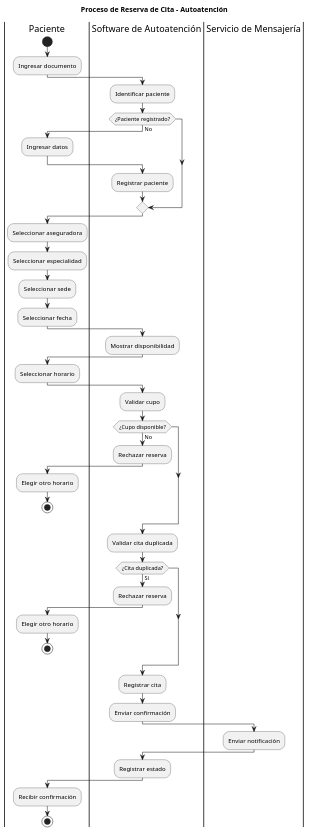
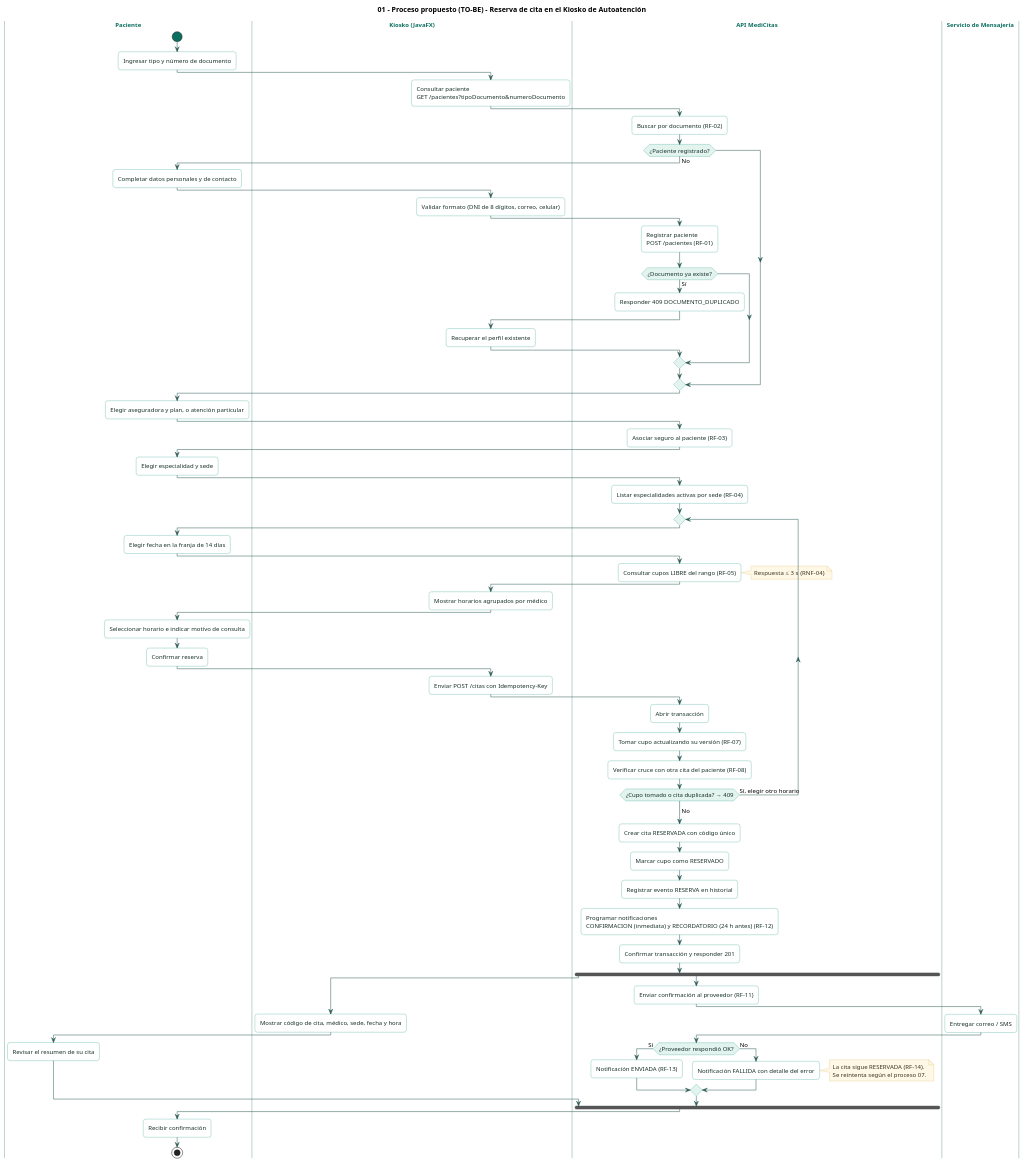
Before and after one commit to Jimena-CC/ProyectoCitasMedicas: the diagram in doc/diagramas/01-Diagrama-Procesos-Solucion.puml, drawn with PlantUML. The commit also changed 3 other files, not shown here.

First line of the commit message:
docs(doc): mejorar diagramas de procesos AS-IS y TO-BE

```diff
--- a/doc/diagramas/01-Diagrama-Procesos-Solucion.puml
+++ b/doc/diagramas/01-Diagrama-Procesos-Solucion.puml
@@ -1,67 +1,118 @@
 @startuml
-title Proceso de Reserva de Cita - Autoatención
+title 01 - Proceso propuesto (TO-BE) - Reserva de cita en el Kiosko de Autoatención
+
+skinparam shadowing false
+skinparam roundCorner 10
+skinparam defaultFontName "Helvetica"
+skinparam defaultFontSize 12
+skinparam ArrowColor #2F5D56
+skinparam SwimlaneBorderColor #A9C4BD
+skinparam SwimlaneTitleFontColor #0C6E5F
+skinparam SwimlaneTitleFontStyle bold
+skinparam activity {
+  BackgroundColor #FFFFFF
+  BorderColor #13917D
+  FontColor #17302B
+  DiamondBackgroundColor #E3F4EF
+  DiamondBorderColor #13917D
+  StartColor #0C6E5F
+  EndColor #0C6E5F
+}
+skinparam note {
+  BackgroundColor #FFF8E6
+  BorderColor #D9B45A
+  FontColor #3D3321
+}
 
 |Paciente|
 start
-:Ingresar documento;
+:Ingresar tipo y número de documento;
 
-|Software de Autoatención|
-:Identificar paciente;
+|Kiosko (JavaFX)|
+:Consultar paciente
+GET /pacientes?tipoDocumento&numeroDocumento;
+
+|API MediCitas|
+:Buscar por documento (RF-02);
 
 if (¿Paciente registrado?) then (No)
   |Paciente|
-  :Ingresar datos;
-
-  |Software de Autoatención|
-  :Registrar paciente;
+  :Completar datos personales y de contacto;
+  |Kiosko (JavaFX)|
+  :Validar formato (DNI de 8 dígitos, correo, celular);
+  |API MediCitas|
+  :Registrar paciente
+  POST /pacientes (RF-01);
+  if (¿Documento ya existe?) then (Sí)
+    :Responder 409 DOCUMENTO_DUPLICADO;
+    |Kiosko (JavaFX)|
+    :Recuperar el perfil existente;
+  endif
 endif
 
 |Paciente|
-:Seleccionar aseguradora;
-:Seleccionar especialidad;
-:Seleccionar sede;
-:Seleccionar fecha;
-
-|Software de Autoatención|
-:Mostrar disponibilidad;
+:Elegir aseguradora y plan, o atención particular;
+|API MediCitas|
+:Asociar seguro al paciente (RF-03);
 
 |Paciente|
-:Seleccionar horario;
+:Elegir especialidad y sede;
+|API MediCitas|
+:Listar especialidades activas por sede (RF-04);
 
-|Software de Autoatención|
-:Validar cupo;
+repeat
+  |Paciente|
+  :Elegir fecha en la franja de 14 días;
+  |API MediCitas|
+  :Consultar cupos LIBRE del rango (RF-05);
+  note right: Respuesta ≤ 3 s (RNF-04)
+  |Kiosko (JavaFX)|
+  :Mostrar horarios agrupados por médico;
+  |Paciente|
+  :Seleccionar horario e indicar motivo de consulta;
+  :Confirmar reserva;
+  |Kiosko (JavaFX)|
+  :Enviar POST /citas con Idempotency-Key;
+  |API MediCitas|
+  :Abrir transacción;
+  :Tomar cupo actualizando su versión (RF-07);
+  :Verificar cruce con otra cita del paciente (RF-08);
+  |API MediCitas|
+repeat while (¿Cupo tomado o cita duplicada? → 409) is (Sí, elegir otro horario)
+->No;
 
-if (¿Cupo disponible?) then (No)
-  :Rechazar reserva;
+|API MediCitas|
+:Crear cita RESERVADA con código único;
+:Marcar cupo como RESERVADO;
+:Registrar evento RESERVA en historial;
+:Programar notificaciones
+CONFIRMACION (inmediata) y RECORDATORIO (24 h antes) (RF-12);
+:Confirmar transacción y responder 201;
 
+fork
+  |Kiosko (JavaFX)|
+  :Mostrar código de cita, médico, sede, fecha y hora;
   |Paciente|
-  :Elegir otro horario;
-  stop
-endif
-
-|Software de Autoatención|
-:Validar cita duplicada;
-
-if (¿Cita duplicada?) then (Sí)
-  :Rechazar reserva;
-
-  |Paciente|
-  :Elegir otro horario;
-  stop
-endif
-
-|Software de Autoatención|
-:Registrar cita;
-:Enviar confirmación;
-
-|Servicio de Mensajería|
-:Enviar notificación;
-
-|Software de Autoatención|
-:Registrar estado;
+  :Revisar el resumen de su cita;
+fork again
+  |API MediCitas|
+  :Enviar confirmación al proveedor (RF-11);
+  |Servicio de Mensajería|
+  :Entregar correo / SMS;
+  |API MediCitas|
+  if (¿Proveedor respondió OK?) then (Sí)
+    :Notificación ENVIADA (RF-13);
+  else (No)
+    :Notificación FALLIDA con detalle del error;
+    note right
+      La cita sigue RESERVADA (RF-14).
+      Se reintenta según el proceso 07.
+    end note
+  endif
+end fork
 
 |Paciente|
 :Recibir confirmación;
 stop
 
 @enduml
```
